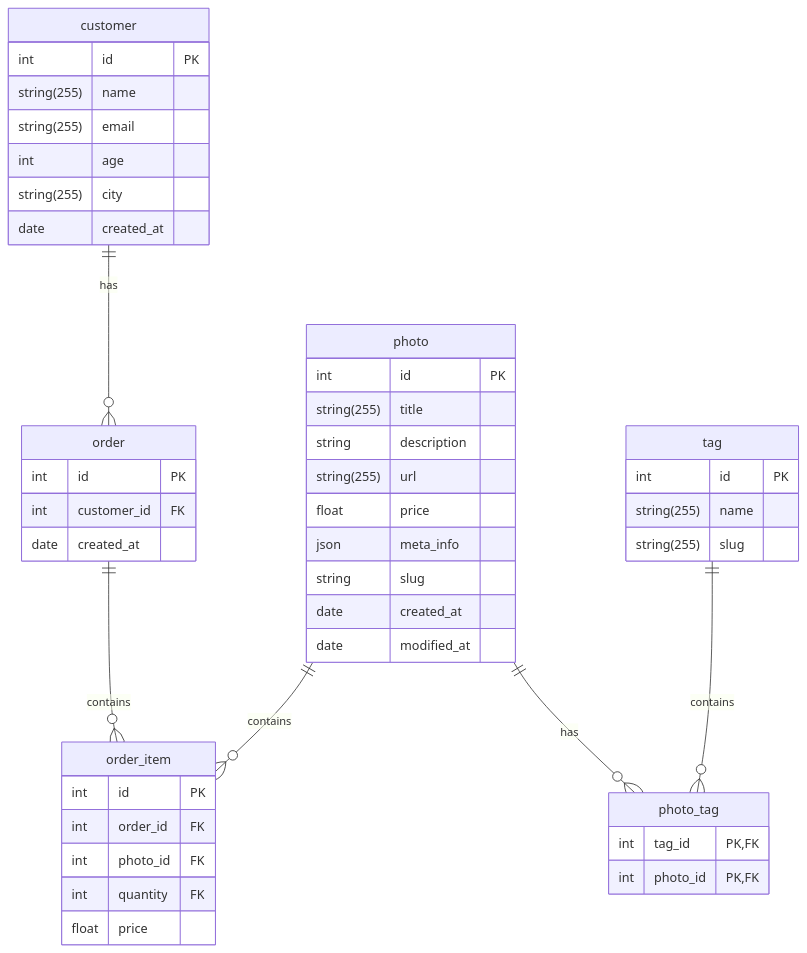
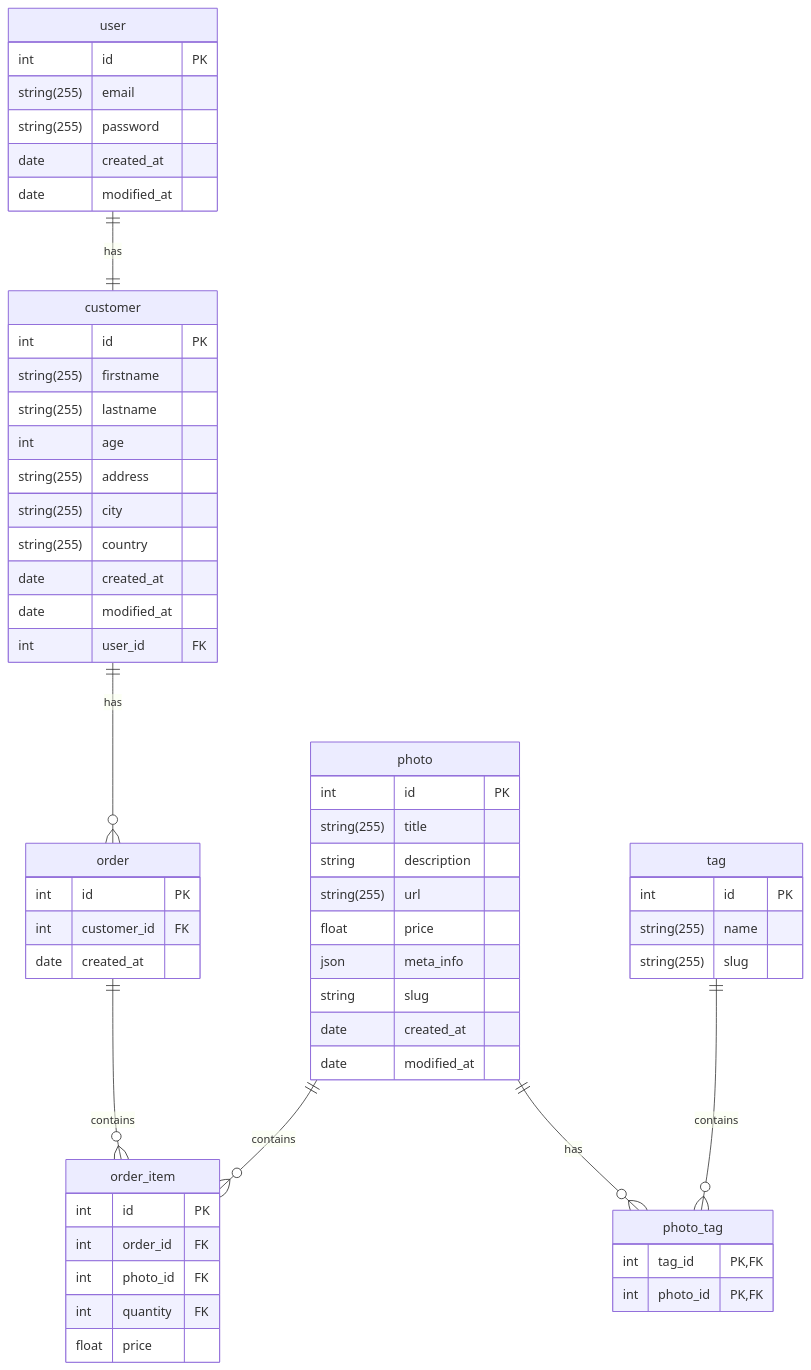
The diagram in readme.md (RudyStark/photosymfony), drawn with Mermaid before and after one commit. The commit also changed 17 other files, not shown here.

Commit message:
feat: adding User and Customer

````diff
--- a/readme.md
+++ b/readme.md
@@ -5,53 +5,68 @@
 ```mermaid
 erDiagram
+    
+    user {
+        int id PK
+        string(255) email
+        string(255) password
+        date created_at
+        date modified_at
+    }
+
     customer {
         int id PK
-        string(255) name
-        string(255) email
+        string(255) firstname
+        string(255) lastname
         int age
+        string(255) address
         string(255) city
+        string(255) country
         date created_at
+        date modified_at
+        int user_id FK
     }
+    
     photo {
         int id PK
         string(255) title
         string description
         string(255) url
         float price
         json meta_info
         string slug
         date created_at
         date modified_at
     }
 
     order {
         int id PK
         int customer_id FK
         date created_at
     }
 
     order_item {
         int id PK
         int order_id FK
         int photo_id FK
         int quantity FK
         float price
     }
 
     tag {
         int id PK
         string(255) name
         string(255) slug
     }
 
     photo_tag {
         int tag_id PK, FK
         int photo_id PK, FK
     }
 
+    user ||--|| customer : has
     customer ||--o{ order : has
     order ||--o{ order_item : contains
     photo ||--o{ order_item : contains
     photo ||--o{ photo_tag : has
     tag ||--o{ photo_tag : contains
 ```
````
